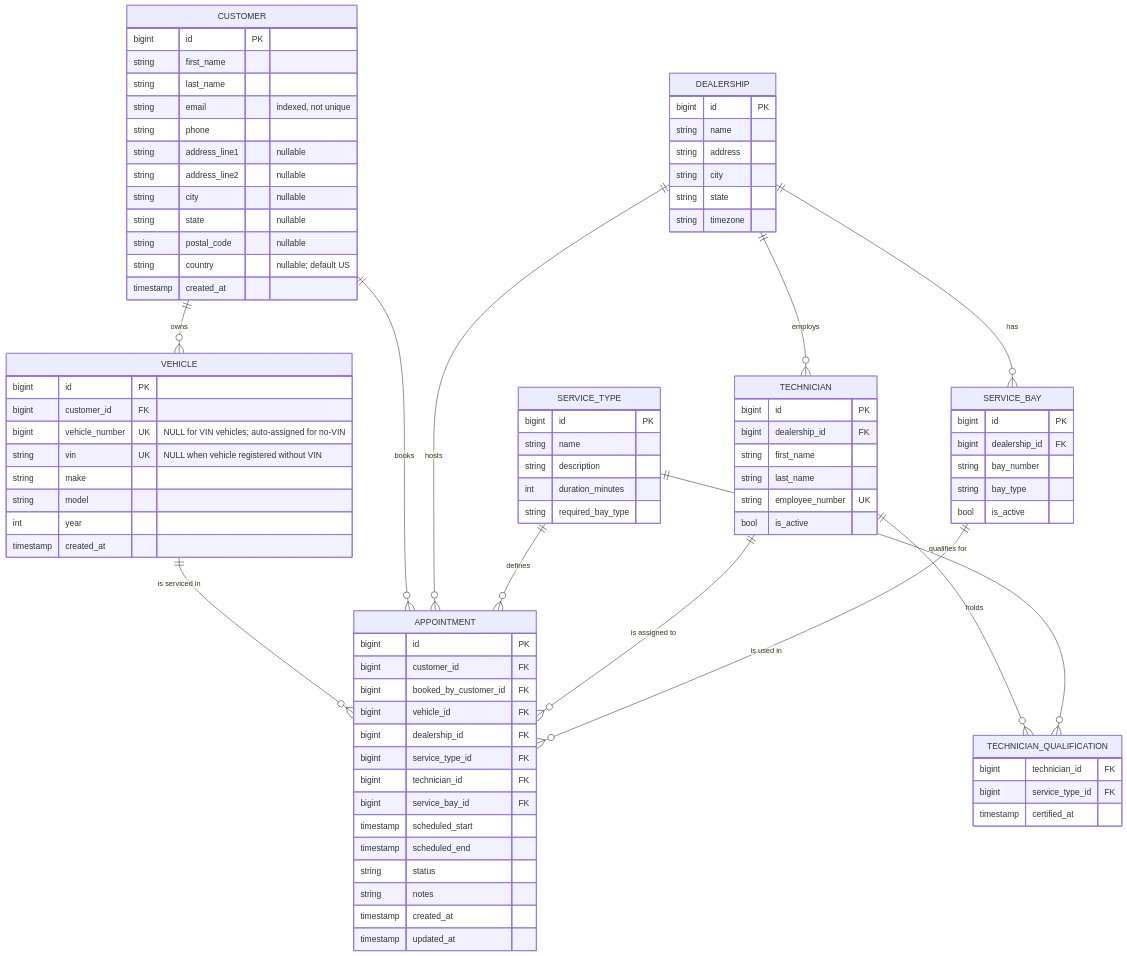
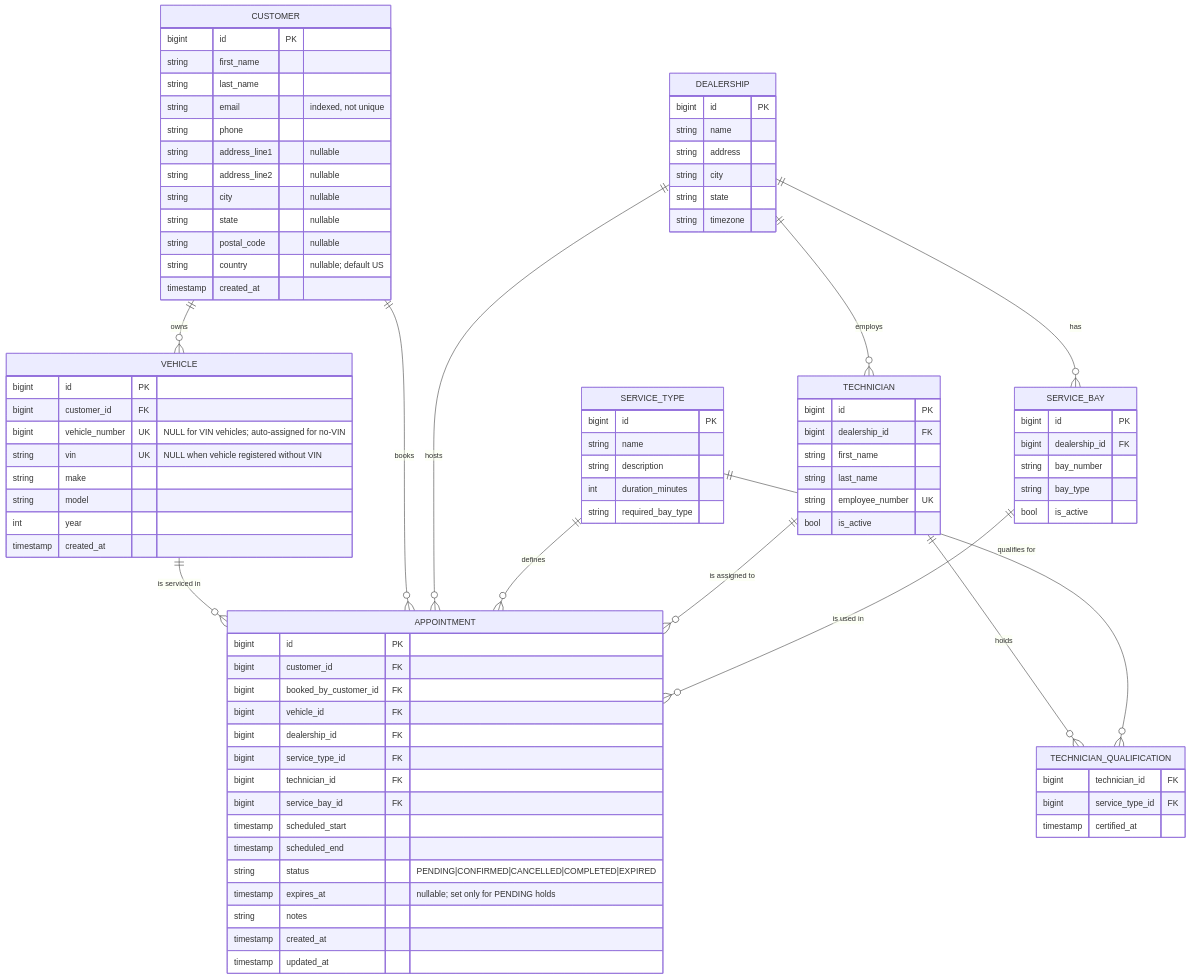
One commit to hungcaovu/keyloop changed the fourth of 4 diagrams in SYSTEM_DESIGN.md. Above: the diagram before and after it, drawn with Mermaid. The commit also changed other lines of this file and 28 other files, not shown here.

```diff
--- a/SYSTEM_DESIGN.md
+++ b/SYSTEM_DESIGN.md
@@ -477,7 +499,7 @@
     %% - VIN is unique per physical car; POST with existing VIN returns 409 + existing record
     %% - vehicle_number: BigInt auto-increment for VIN-less vehicles; encoded as "V-000001"
     %%   for human-readable reference. NULL for vehicles that have a VIN.
-    %%   8-byte integer index is significantly faster than 36-char UUID string index.
+    %%   8-byte integer index is significantly faster than a varchar string index.
 
     DEALERSHIP {
         bigint id PK
@@ -530,7 +552,8 @@
         bigint service_bay_id FK
         timestamp scheduled_start
         timestamp scheduled_end
-        string status
+        string status "PENDING|CONFIRMED|CANCELLED|COMPLETED|EXPIRED"
+        timestamp expires_at "nullable; set only for PENDING holds"
         string notes
         timestamp created_at
         timestamp updated_at
```
